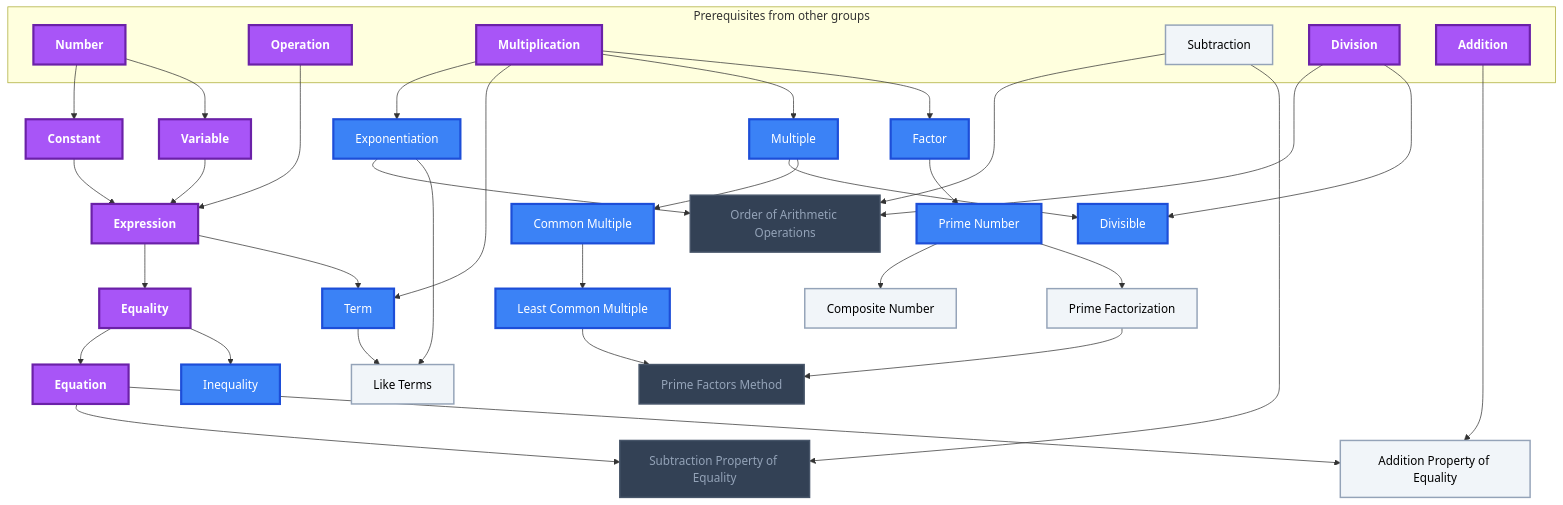
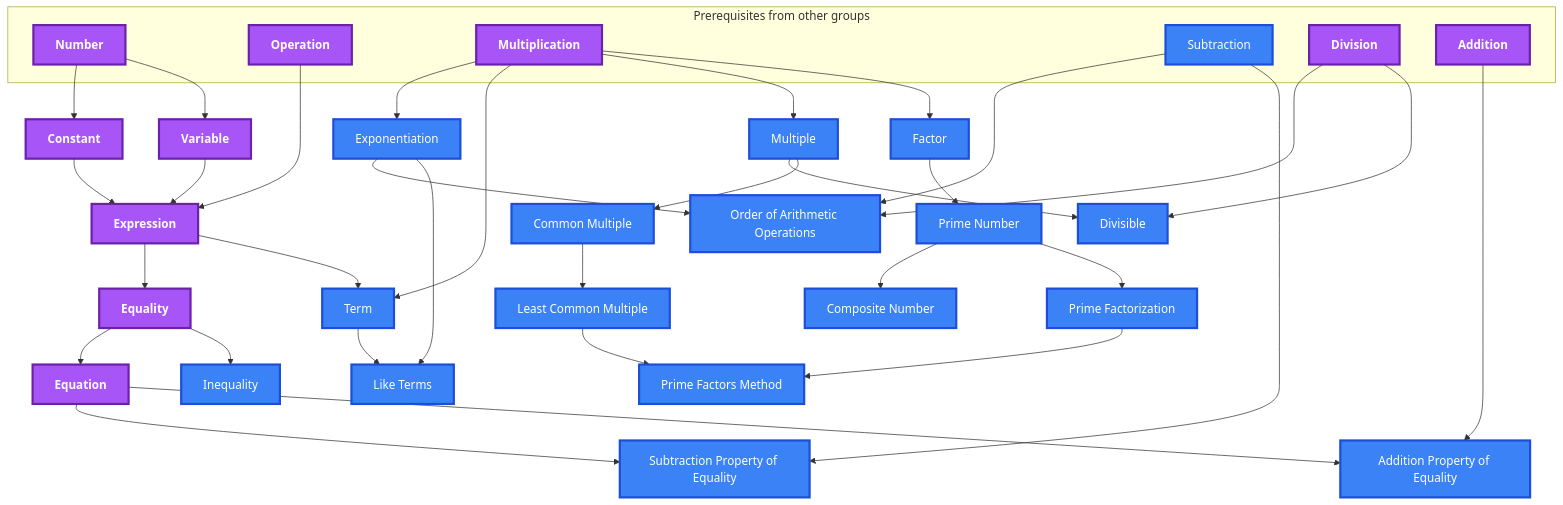
Before and after one commit to MRauf1/My-Notes: the second of 10 diagrams in Gamification/Skill Trees/Pre-Algebra.md, drawn with Mermaid. The commit also changed other lines of this file and 145 other files, not shown here.

````diff
--- a/Gamification/Skill Trees/Pre-Algebra.md
+++ b/Gamification/Skill Trees/Pre-Algebra.md
@@ -85,77 +83,75 @@
 ```mermaid
 flowchart TD
     classDef planned fill:#1E293B,stroke:#64748B,stroke-width:2px,stroke-dasharray:5 5,color:#94A3B8;
     classDef locked fill:#334155,stroke:#475569,stroke-width:2px,color:#94A3B8;
     classDef L0 fill:#F1F5F9,stroke:#94A3B8,stroke-width:2px,color:#000000;
     classDef L1 fill:#22C55E,stroke:#15803D,stroke-width:2px,color:#000000;
     classDef L2 fill:#3B82F6,stroke:#1D4ED8,stroke-width:3px,color:#FFFFFF;
     classDef L3 fill:#A855F7,stroke:#6B21A8,stroke-width:3px,color:#FFFFFF,font-weight:bold;
     classDef L4 fill:#F97316,stroke:#C2410C,stroke-width:4px,color:#000000,font-weight:bold;
     classDef L5 fill:#FFD700,stroke:#FF8C00,stroke-width:5px,color:#000000,font-weight:bold;
     classDef rusty stroke:#8B4513,stroke-width:4px,stroke-dasharray:3 3;
     subgraph sg_prereqs["Prerequisites from other groups"]
         n_number["Number"]
         n_operation["Operation"]
         n_multiplication["Multiplication"]
         n_subtraction["Subtraction"]
         n_division["Division"]
         n_addition["Addition"]
     end
     n_constant["Constant"]
     n_variable["Variable"]
     n_expression["Expression"]
     n_equality["Equality"]
     n_equation["Equation"]
     n_inequality["Inequality"]
     n_exponentiation["Exponentiation"]
     n_order_of_arithmetic_operations["Order of Arithmetic Operations"]
     n_term["Term"]
     n_like_terms["Like Terms"]
     n_subtraction_property_of_equality["Subtraction Property of Equality"]
     n_addition_property_of_equality["Addition Property of Equality"]
     n_multiple["Multiple"]
     n_divisible["Divisible"]
     n_factor["Factor"]
     n_prime_number["Prime Number"]
     n_composite_number["Composite Number"]
     n_prime_factorization["Prime Factorization"]
     n_common_multiple["Common Multiple"]
     n_least_common_multiple["Least Common Multiple"]
     n_prime_factors_method["Prime Factors Method"]
     n_number --> n_constant
     n_number --> n_variable
     n_operation --> n_expression
     n_constant --> n_expression
     n_variable --> n_expression
     n_expression --> n_equality
     n_equality --> n_equation
     n_equality --> n_inequality
     n_multiplication --> n_exponentiation
     n_subtraction --> n_order_of_arithmetic_operations
     n_division --> n_order_of_arithmetic_operations
     n_exponentiation --> n_order_of_arithmetic_operations
     n_multiplication --> n_term
     n_expression --> n_term
     n_exponentiation --> n_like_terms
     n_term --> n_like_terms
     n_subtraction --> n_subtraction_property_of_equality
     n_equation --> n_subtraction_property_of_equality
     n_addition --> n_addition_property_of_equality
     n_equation --> n_addition_property_of_equality
     n_multiplication --> n_multiple
     n_division --> n_divisible
     n_multiple --> n_divisible
     n_multiplication --> n_factor
     n_factor --> n_prime_number
     n_prime_number --> n_composite_number
     n_prime_number --> n_prime_factorization
     n_multiple --> n_common_multiple
     n_common_multiple --> n_least_common_multiple
     n_prime_factorization --> n_prime_factors_method
     n_least_common_multiple --> n_prime_factors_method
-    class n_order_of_arithmetic_operations,n_subtraction_property_of_equality,n_prime_factors_method locked;
-    class n_subtraction,n_like_terms,n_addition_property_of_equality,n_composite_number,n_prime_factorization L0;
-    class n_inequality,n_exponentiation,n_term,n_multiple,n_divisible,n_factor,n_prime_number,n_common_multiple,n_least_common_multiple L2;
+    class n_subtraction,n_inequality,n_exponentiation,n_order_of_arithmetic_operations,n_term,n_like_terms,n_subtraction_property_of_equality,n_addition_property_of_equality,n_multiple,n_divisible,n_factor,n_prime_number,n_composite_number,n_prime_factorization,n_common_multiple,n_least_common_multiple,n_prime_factors_method L2;
     class n_number,n_operation,n_multiplication,n_division,n_addition,n_constant,n_variable,n_expression,n_equality,n_equation L3;
     class n_number,n_operation,n_multiplication,n_subtraction,n_division,n_addition,n_constant,n_variable,n_expression,n_equality,n_equation,n_inequality,n_exponentiation,n_order_of_arithmetic_operations,n_term,n_like_terms,n_subtraction_property_of_equality,n_addition_property_of_equality,n_multiple,n_divisible,n_factor,n_prime_number,n_composite_number,n_prime_factorization,n_common_multiple,n_least_common_multiple,n_prime_factors_method internal-link;
 ```
````
